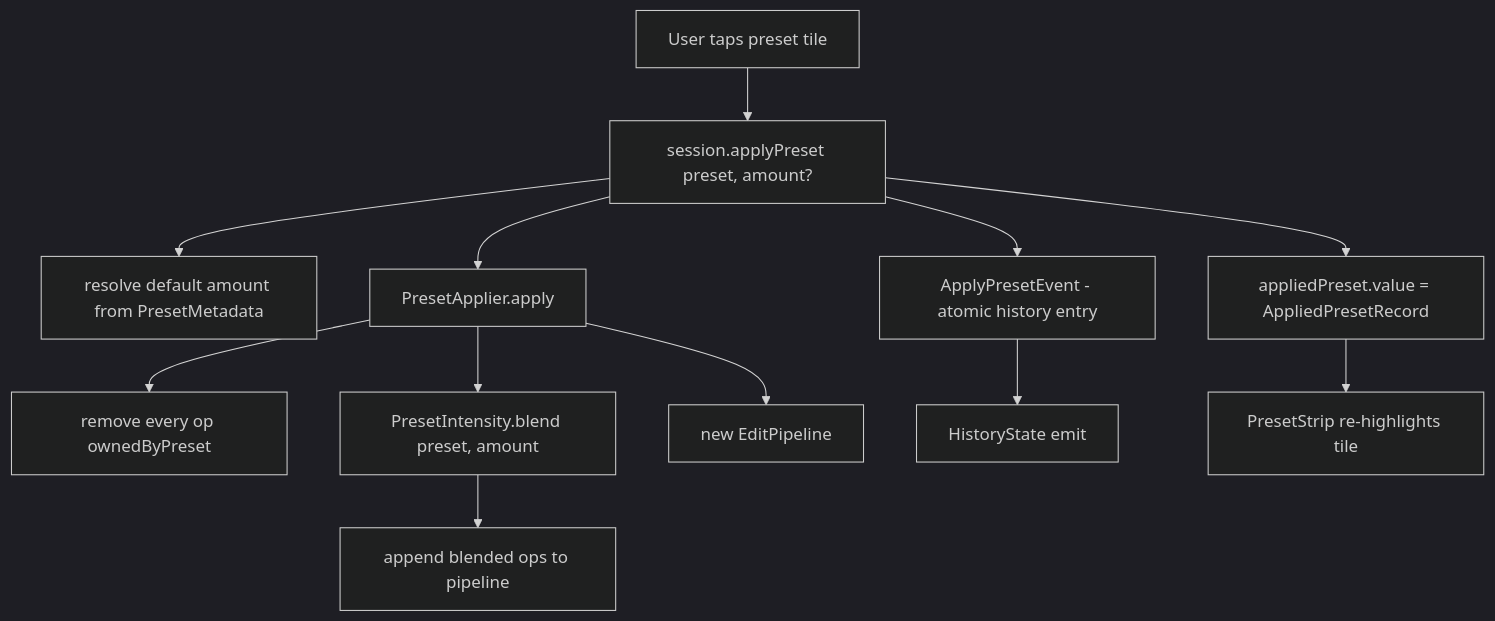
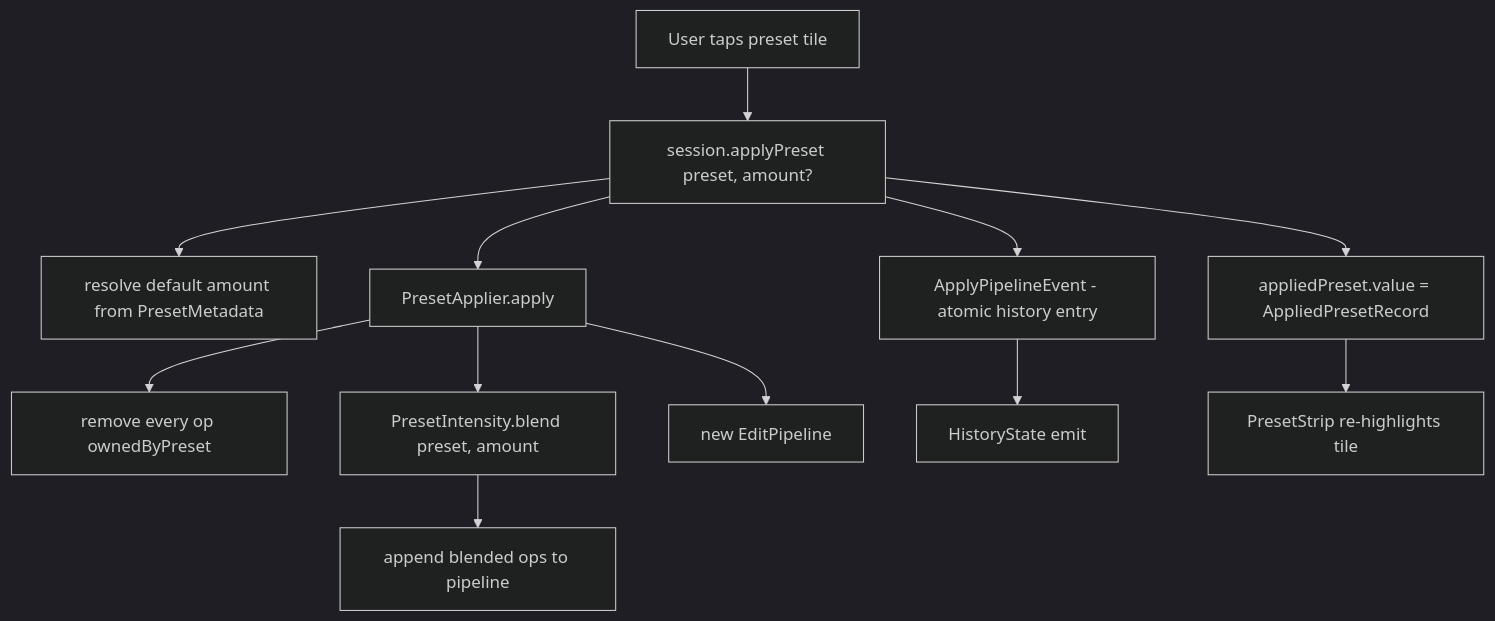
Before and after one commit to alij1991/Image_Editor_Application: the diagram in docs/guide/12-presets-and-luts.md, drawn with Mermaid (dark theme). The commit also changed other lines of this file and 23 other files, not shown here.

````diff
--- a/docs/guide/12-presets-and-luts.md
+++ b/docs/guide/12-presets-and-luts.md
@@ -39,14 +39,14 @@
 ```mermaid
 flowchart TD
   Tap[User taps preset tile] --> Session[session.applyPreset preset, amount?]
   Session --> DefaultAmt[resolve default amount from PresetMetadata]
   Session --> Applier[PresetApplier.apply]
   Applier --> Wipe[remove every op ownedByPreset]
   Applier --> Blend[PresetIntensity.blend preset, amount]
   Blend --> Append[append blended ops to pipeline]
   Applier --> Pipeline[new EditPipeline]
-  Session --> Bloc[ApplyPresetEvent - atomic history entry]
+  Session --> Bloc[ApplyPipelineEvent - atomic history entry]
   Bloc --> State[HistoryState emit]
   Session --> Record[appliedPreset.value = AppliedPresetRecord]
   Record --> Strip[PresetStrip re-highlights tile]
 ```
````
